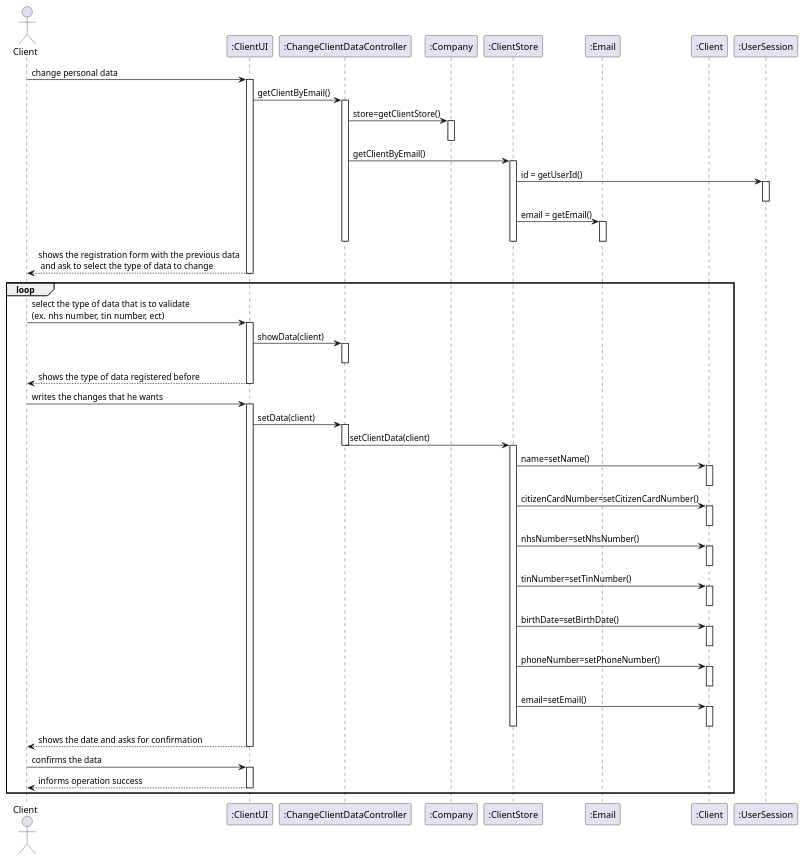
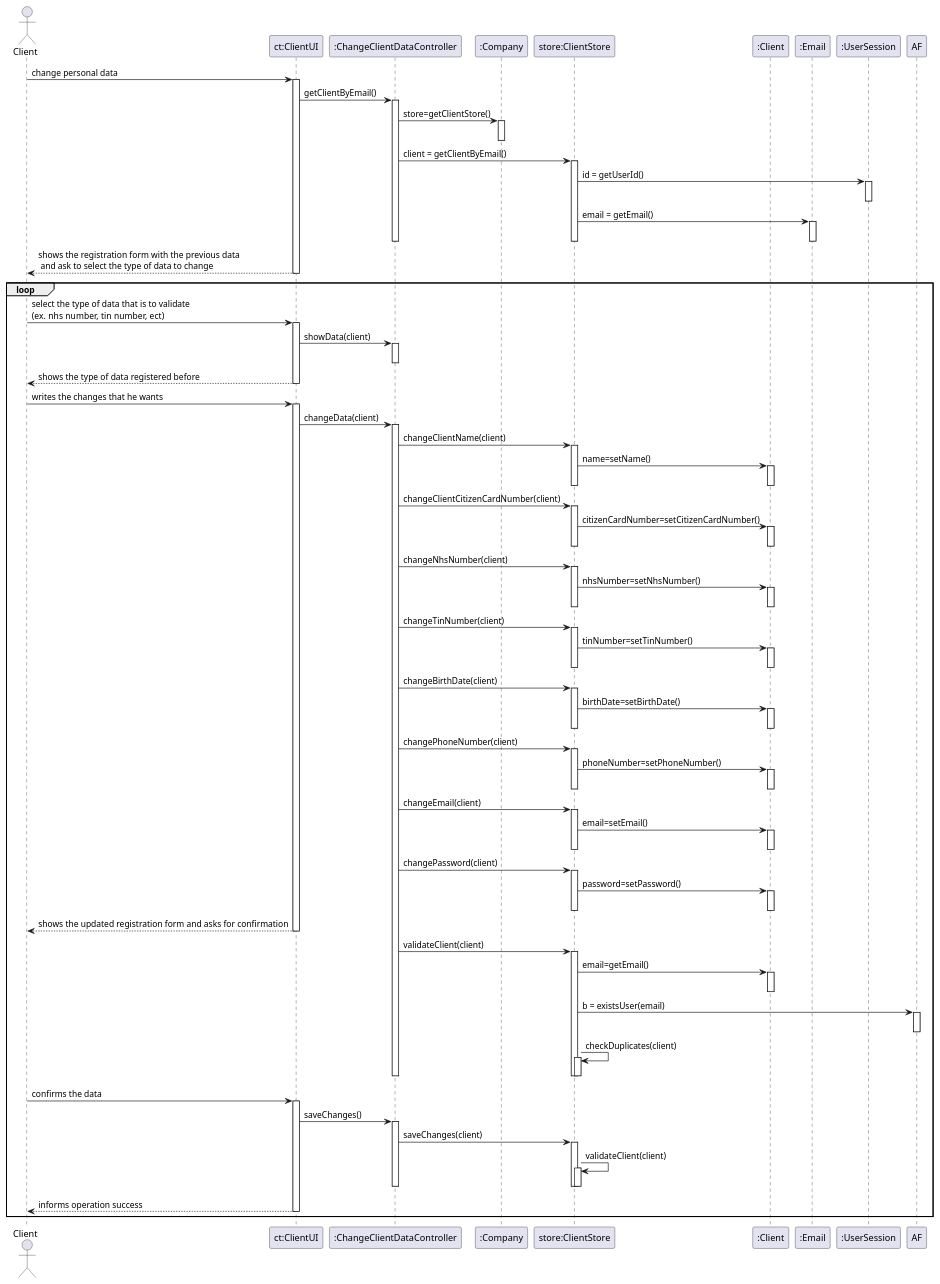
One commit to GuilhermeCunha79/lapr2 changed the diagram in docs/SprintD/US2/US02_SD.puml. Above: the diagram before and after it, drawn with PlantUML. The commit also changed 5 other files, not shown here.

```diff
--- a/docs/SprintD/US2/US02_SD.puml
+++ b/docs/SprintD/US2/US02_SD.puml
@@ -1,99 +1,160 @@
 @startuml
 'https://plantuml.com/sequence-diagram
 
 actor Client as CLT
-participant ":ClientUI" as UI
+participant "ct:ClientUI" as UI
 participant ":ChangeClientDataController" as CTRL
 participant ":Company" as COMP
-participant ":ClientStore" as STR
+participant "store:ClientStore" as STR
+participant ":Client" as CL
 participant ":Email" as EM
-participant ":Client" as CL
 participant ":UserSession" as US
 
 CLT -> UI : change personal data
 activate UI
 UI-> CTRL : getClientByEmail()
 activate CTRL
 CTRL-> COMP : store=getClientStore()
 activate COMP
 deactivate COMP
-CTRL->STR : getClientByEmail()
+CTRL->STR : client = getClientByEmail()
 activate STR
 STR -> US : id = getUserId()
 activate US
 deactivate US
 
+
 STR->EM: email = getEmail()
 activate EM
 deactivate EM
+deactivate STR
+
 
 deactivate STR
 
 
 deactivate CTRL
 
 
 
 UI--> CLT : shows the registration form with the previous data \n and ask to select the type of data to change
 
 
 deactivate UI
 
 
 
 
 
 
 
 
 loop
 CLT -> UI : select the type of data that is to validate\n(ex. nhs number, tin number, ect)
 activate UI
 UI-> CTRL : showData(client)
 activate CTRL
 deactivate CTRL
 UI--> CLT : shows the type of data registered before
 
 deactivate UI
 
 CLT -> UI : writes the changes that he wants
 activate UI
-UI-> CTRL : setData(client)
+UI-> CTRL : changeData(client)
 activate CTRL
-CTRL->STR :setClientData(client)
-deactivate CTRL
 
+CTRL->STR :changeClientName(client)
 activate STR
 STR->CL : name=setName()
 activate CL
 deactivate CL
+deactivate STR
+
+
+CTRL->STR :changeClientCitizenCardNumber(client)
+activate STR
 STR->CL : citizenCardNumber=setCitizenCardNumber()
 activate CL
 deactivate CL
+deactivate STR
+
+CTRL->STR :changeNhsNumber(client)
+activate STR
 STR->CL : nhsNumber=setNhsNumber()
 activate CL
 deactivate CL
+deactivate STR
+
+CTRL->STR :changeTinNumber(client)
+activate STR
 STR->CL : tinNumber=setTinNumber()
 activate CL
 deactivate CL
+deactivate STR
+
+CTRL->STR :changeBirthDate(client)
+activate STR
 STR->CL : birthDate=setBirthDate()
 activate CL
 deactivate CL
+deactivate STR
+
+CTRL->STR :changePhoneNumber(client)
+activate STR
 STR->CL : phoneNumber=setPhoneNumber()
 activate CL
 deactivate CL
+deactivate STR
+
+CTRL->STR :changeEmail(client)
+activate STR
 STR->CL : email=setEmail()
 activate CL
 deactivate CL
 deactivate STR
-UI--> CLT : shows the date and asks for confirmation
+
+CTRL->STR :changePassword(client)
+activate STR
+STR->CL : password=setPassword()
+activate CL
+deactivate CL
+deactivate STR
+
+
+UI--> CLT : shows the updated registration form and asks for confirmation
 deactivate UI
+CTRL -> STR : validateClient(client)
+
+        activate STR
+        STR -> CL : email=getEmail()
+        activate CL
+        deactivate CL
+        STR -> AF : b = existsUser(email)
+        activate AF
+        deactivate AF
+        STR -> STR : checkDuplicates(client)
+        activate STR
+        deactivate STR
+        deactivate STR
+        deactivate CTRL
+
 
 
 CLT -> UI : confirms the data
 activate UI
+UI-> CTRL : saveChanges()
+activate CTRL
+CTRL-> STR : saveChanges(client)
+activate STR
+STR->STR : validateClient(client)
+activate STR
+deactivate STR
+deactivate STR
+deactivate CTRL
+
 UI--> CLT : informs operation success
 deactivate UI
 end
 
 @enduml
```
